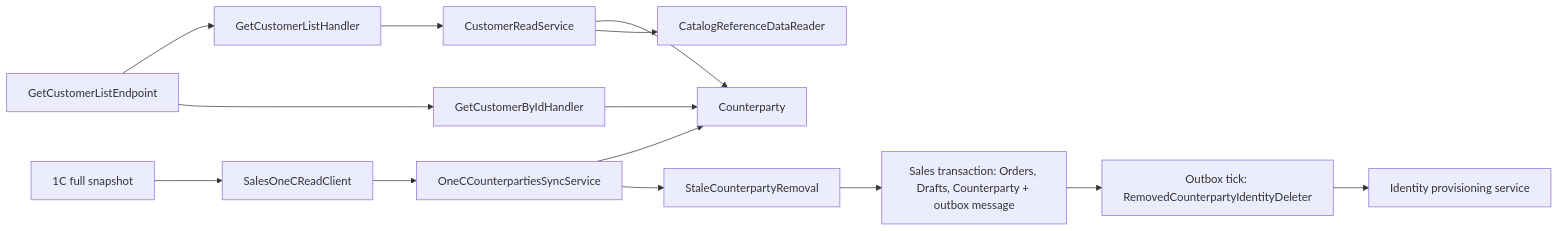
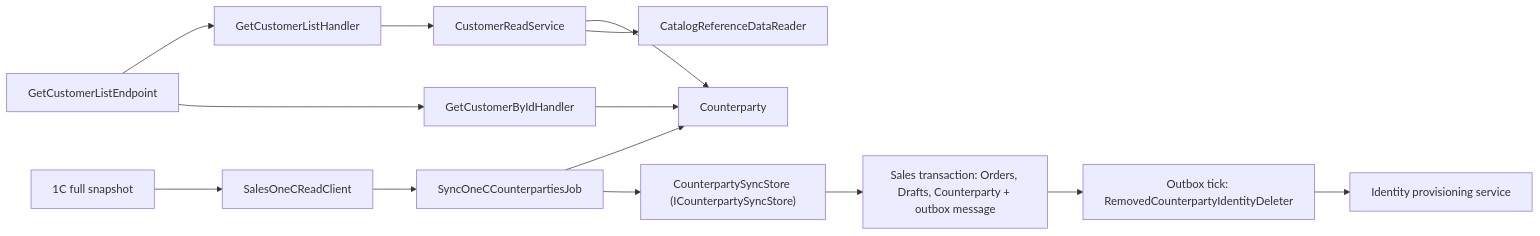
One commit to Weretik/KedrStore changed the diagram in docs/sdd/features/sales/customers.md. Above: the diagram before and after it, drawn with Mermaid. The commit also changed other lines of this file and 26 other files, not shown here.

````diff
--- a/docs/sdd/features/sales/customers.md
+++ b/docs/sdd/features/sales/customers.md
@@ -43,16 +48,16 @@
 ```mermaid
 flowchart LR
     A["GetCustomerListEndpoint"] --> B["GetCustomerListHandler"]
     A --> C["GetCustomerByIdHandler"]
     B --> G["CustomerReadService"]
     G --> D["Counterparty"]
     C --> D
     E["1C full snapshot"] --> F["SalesOneCReadClient"]
-    F --> I["OneCCounterpartiesSyncService"]
+    F --> I["SyncOneCCounterpartiesJob"]
     I --> D
-    I --> J["StaleCounterpartyRemoval"]
+    I --> J["CounterpartySyncStore (ICounterpartySyncStore)"]
     J --> K["Sales transaction: Orders, Drafts, Counterparty + outbox message"]
     K --> L["Outbox tick: RemovedCounterpartyIdentityDeleter"]
     L --> M["Identity provisioning service"]
     G --> H["CatalogReferenceDataReader"]
 ```
````
